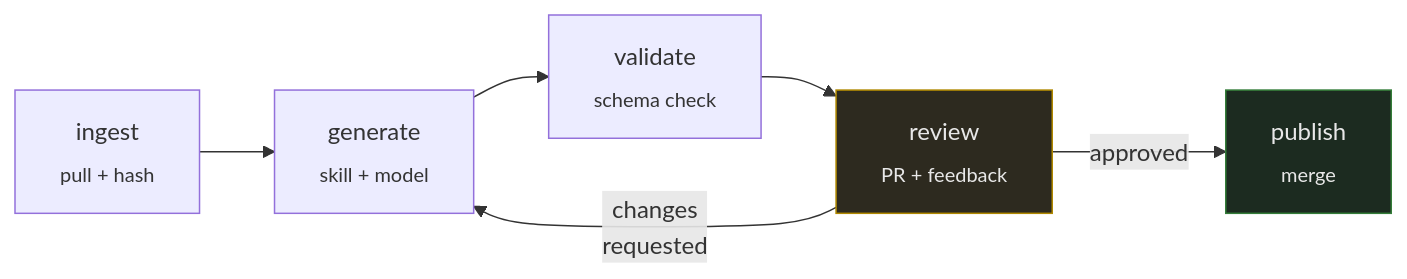
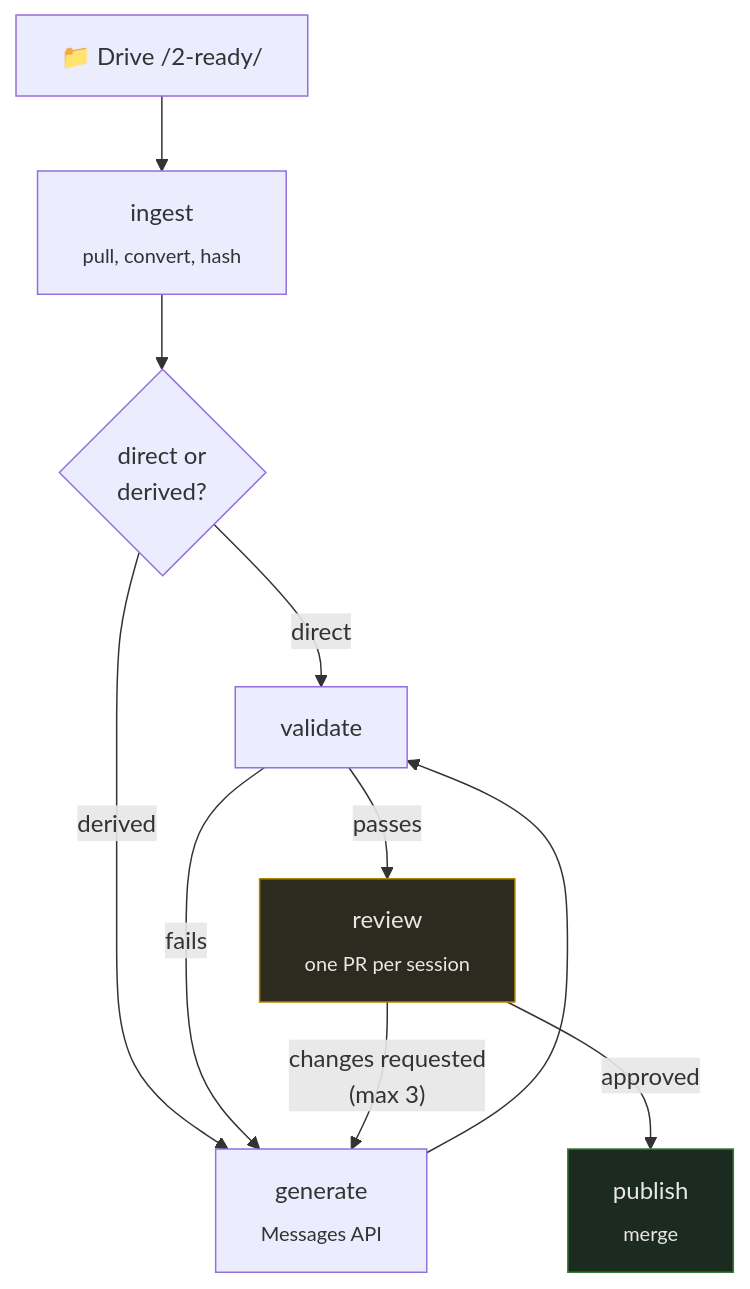
The diagram in _staging-private-repo/automation/README.md (aditya-ag26/fde-academy-c4-lms), drawn with Mermaid before and after one commit. The commit also changed other lines of this file and 2 other files, not shown here.

First line of the commit message:
Pipeline design: two paths, and generation moves into the API

````diff
--- a/_staging-private-repo/automation/README.md
+++ b/_staging-private-repo/automation/README.md
@@ -43,11 +74,15 @@
 ```mermaid
-flowchart LR
-    I["ingest<br/><sub>pull + hash</sub>"] --> G["generate<br/><sub>skill + model</sub>"]
-    G --> V["validate<br/><sub>schema check</sub>"]
-    V --> R["review<br/><sub>PR + feedback</sub>"]
-    R -->|"approved"| P["publish<br/><sub>merge</sub>"]
-    R -->|"changes<br/>requested"| G
+flowchart TD
+    D["📁 Drive /2-ready/"] --> I["ingest<br/><sub>pull, convert, hash</sub>"]
+    I --> K{"direct or<br/>derived?"}
+    K -->|direct| V["validate"]
+    K -->|derived| G["generate<br/><sub>Messages API</sub>"]
+    G --> V
+    V -->|fails| G
+    V -->|passes| R["review<br/><sub>one PR per session</sub>"]
+    R -->|"changes requested<br/>(max 3)"| G
+    R -->|approved| P["publish<br/><sub>merge</sub>"]
 
     style R fill:#2d2a1f,stroke:#b08800,color:#e8e8e8
     style P fill:#1c2b20,stroke:#347d39,color:#e8e8e8
 ```
````
